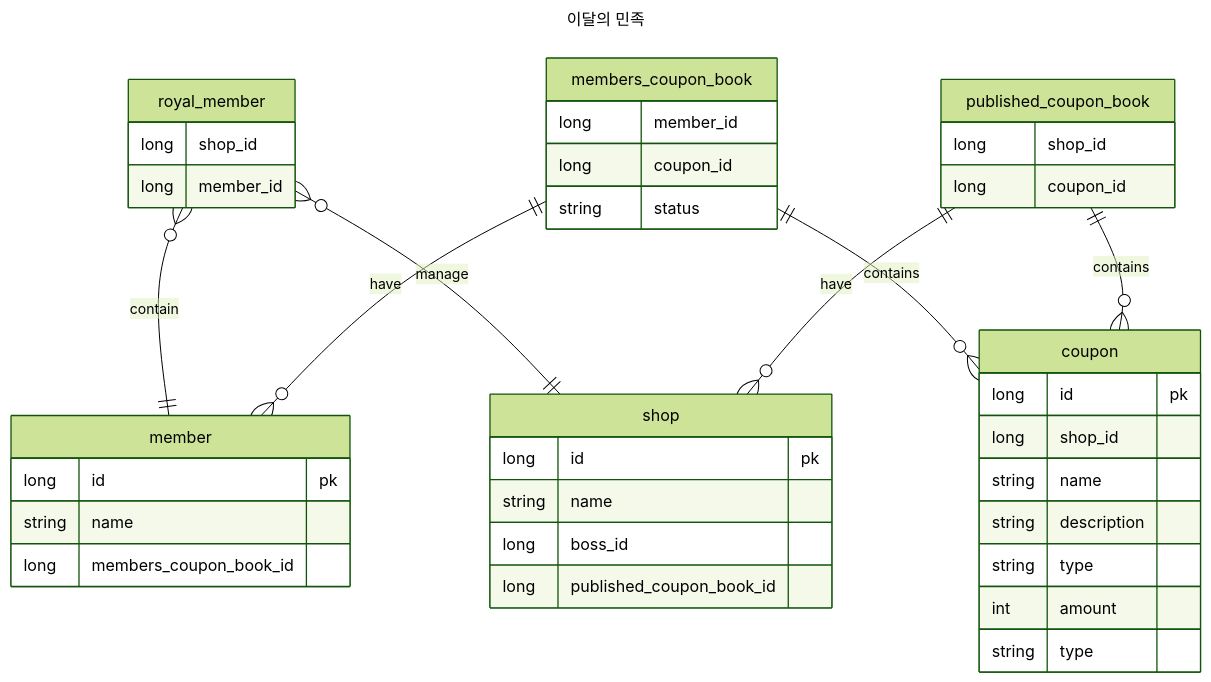
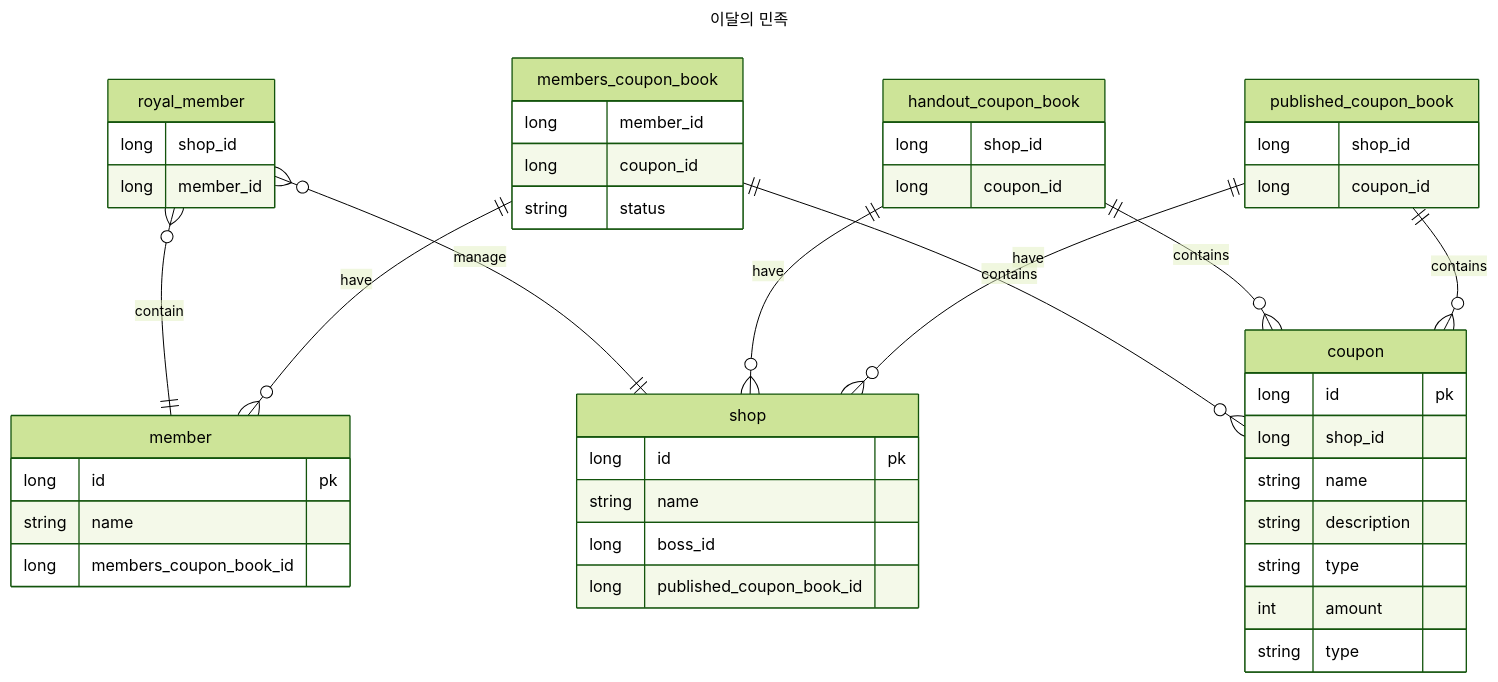
Before and after one commit to Exagonal-Study/est-delivery: the second of 2 diagrams in README.md, drawn with Mermaid (forest theme).

Commit message:
chore : 데이터 모델 수정

````diff
--- a/README.md
+++ b/README.md
@@ -156,53 +156,60 @@
 ```mermaid
 ---
 title: 이달의 민족
 ---
 
 erDiagram
 
 	royal_member {
 		long shop_id
 		long member_id
 	}
 
 	shop {
 		long id pk
 		string name
 		long boss_id
 		long published_coupon_book_id
 	}
 
 	member {
 		long id pk
 		string name
 		long members_coupon_book_id
 	}
 
 	published_coupon_book {
 		long shop_id
 		long coupon_id
 	}
 
-	coupon {
+    handout_coupon_book {
+    long shop_id
+    long coupon_id
+    }
+
+    coupon {
 		long id pk
 		long shop_id
 		string name
 		string description
 		string type
 		int amount
 		string type
 	}	
 
 	members_coupon_book {
 		long member_id
 		long coupon_id
 		string status
 	}
 
 	royal_member }o--|| member : contain
 	royal_member }o--|| shop : manage
 	members_coupon_book ||--o{ coupon : contains
 	members_coupon_book ||--o{ member : have
+    handout_coupon_book ||--o{ shop : have
+    handout_coupon_book ||--o{ coupon : contains
 	published_coupon_book ||--o{ shop : have
 	published_coupon_book ||--o{ coupon : contains
 ```
````
